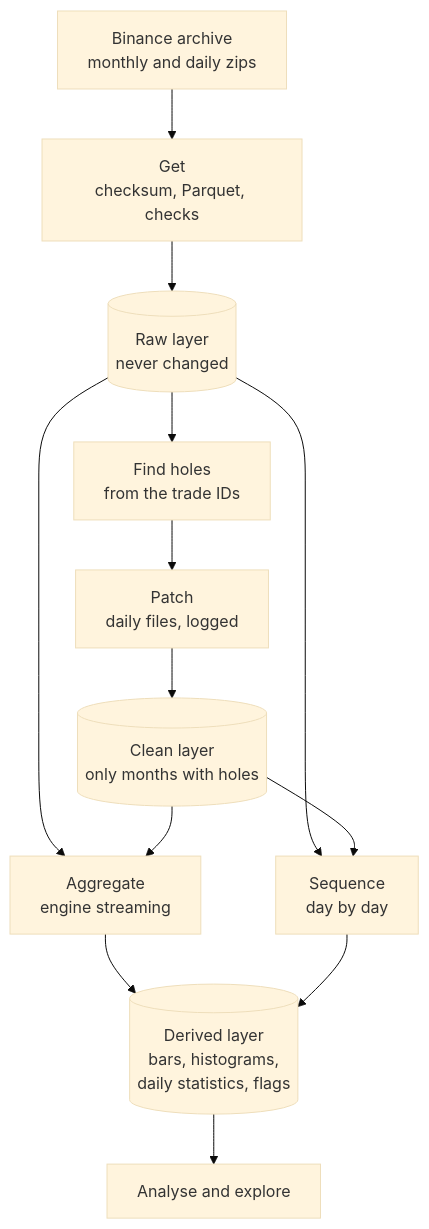
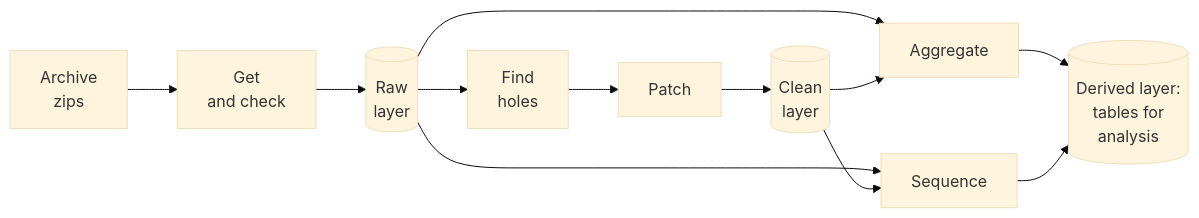
One commit to MaxGnesi/systematic-trading-notes changed the diagram in lectures/12-tick-data-the-tape/lecture.md. Above: the diagram before and after it, drawn with Mermaid (base theme). The commit also changed 1 other file, not shown here.

Commit message:
Lecture 12: explorer charts in the lecture's style; pipeline diagram horizontal and compact

````diff
--- a/lectures/12-tick-data-the-tape/lecture.md
+++ b/lectures/12-tick-data-the-tape/lecture.md
@@ -160,15 +160,14 @@
 ```mermaid
-flowchart TD
-    A[Binance archive<br/>monthly and daily zips] --> B[Get<br/>checksum, Parquet, checks]
-    B --> C[(Raw layer<br/>never changed)]
-    C --> D[Find holes<br/>from the trade IDs]
-    D --> E[Patch<br/>daily files, logged]
-    E --> F[(Clean layer<br/>only months with holes)]
-    C --> G[Aggregate<br/>engine streaming]
+flowchart LR
+    A[Archive<br/>zips] --> B[Get<br/>and check]
+    B --> C[(Raw<br/>layer)]
+    C --> D[Find<br/>holes]
+    D --> E[Patch]
+    E --> F[(Clean<br/>layer)]
+    C --> G[Aggregate]
     F --> G
-    C --> H[Sequence<br/>day by day]
+    C --> H[Sequence]
     F --> H
-    G --> I[(Derived layer<br/>bars, histograms,<br/>daily statistics, flags)]
+    G --> I[(Derived layer:<br/>tables for<br/>analysis)]
     H --> I
-    I --> J[Analyse and explore]
 ```
````
